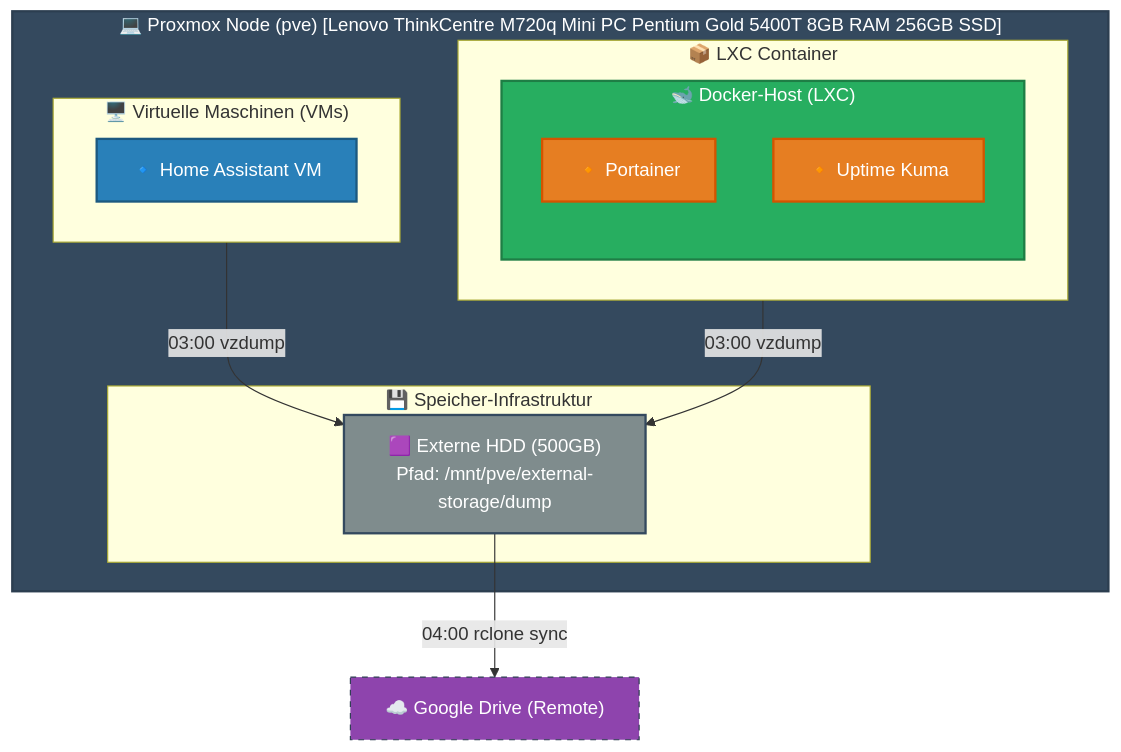
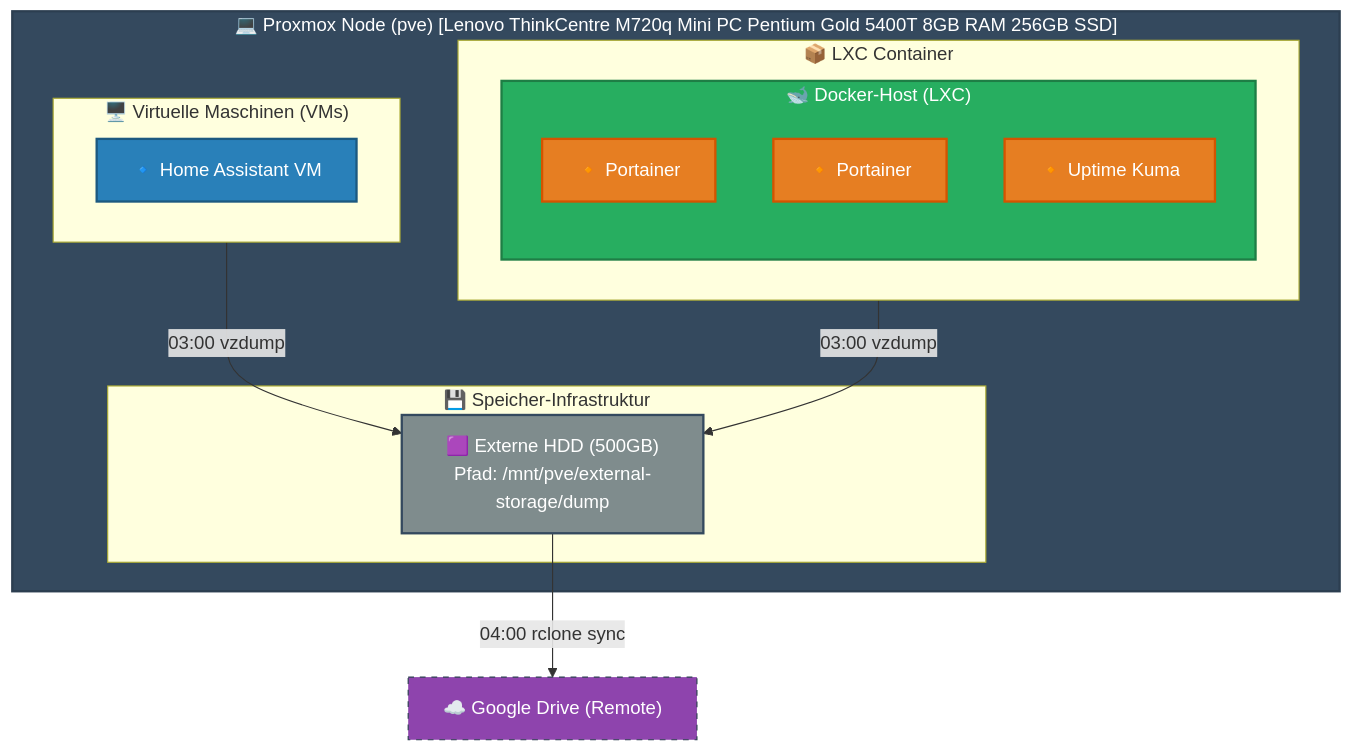
Before and after one commit to mxpfister/homelab-architecture: the fourth of 7 diagrams in README.md, drawn with Mermaid.

Commit message:
adds Influx

````diff
--- a/README.md
+++ b/README.md
@@ -204,39 +204,40 @@
 ```mermaid
 graph TB
     %% Styling
     classDef pveNode fill:#34495e,stroke:#2c3e50,stroke-width:2px,color:#fff;
     classDef vmStyle fill:#2980b9,stroke:#1c5980,stroke-width:2px,color:#fff;
     classDef lxcStyle fill:#27ae60,stroke:#1e7e45,stroke-width:2px,color:#fff;
     classDef dockerStyle fill:#e67e22,stroke:#d35400,stroke-width:2px,color:#fff;
     classDef storageStyle fill:#7f8c8d,stroke:#34495e,stroke-width:2px,color:#fff;
     classDef extStyle fill:#8e44ad,stroke:#2c3e50,stroke-dasharray: 5 5,color:#fff;
 
     subgraph PVE_LEI ["💻 Proxmox Node (pve) [Lenovo ThinkCentre M720q Mini PC Pentium Gold 5400T 8GB RAM 256GB SSD]"]
         
         subgraph Storage_LEI ["💾 Speicher-Infrastruktur"]
             HDD_LEI["🟪 Externe HDD (500GB)<br>Pfad: /mnt/pve/external-storage/dump"]:::storageStyle
         end
 
         subgraph VMs_LEI ["🖥️ Virtuelle Maschinen (VMs)"]
             HA_LEI["🔹 Home Assistant VM"]:::vmStyle
         end
 
         subgraph LXCs_LEI ["📦 LXC Container"]
             subgraph DockerLXC_LEI ["🐋 Docker-Host (LXC)"]
                 Portainer_LEI["🔸 Portainer"]:::dockerStyle
+                Influx_LEI_LEI["🔸 Portainer"]:::dockerStyle
                 Uptime_LEI["🔸 Uptime Kuma"]:::dockerStyle
             end
             class DockerLXC_LEI lxcStyle;
         end
     end
 
     %% Externe Verbindungen
     GDrive_LEI["☁️ Google Drive (Remote)"]:::extStyle
     
     %% Datenpfade
     VMs_LEI -->|03:00 vzdump| HDD_LEI
     LXCs_LEI -->|03:00 vzdump| HDD_LEI
     HDD_LEI -->|04:00 rclone sync| GDrive_LEI
     
     class PVE_LEI pveNode;
 ```
````
